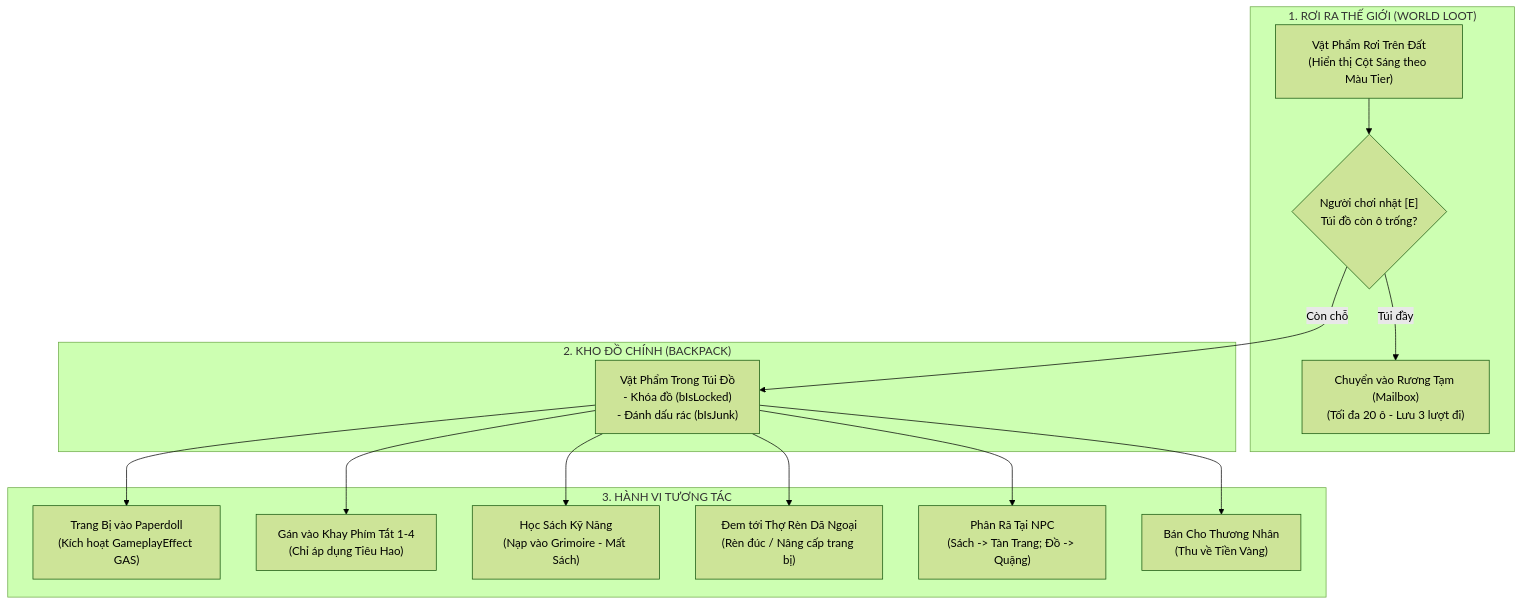
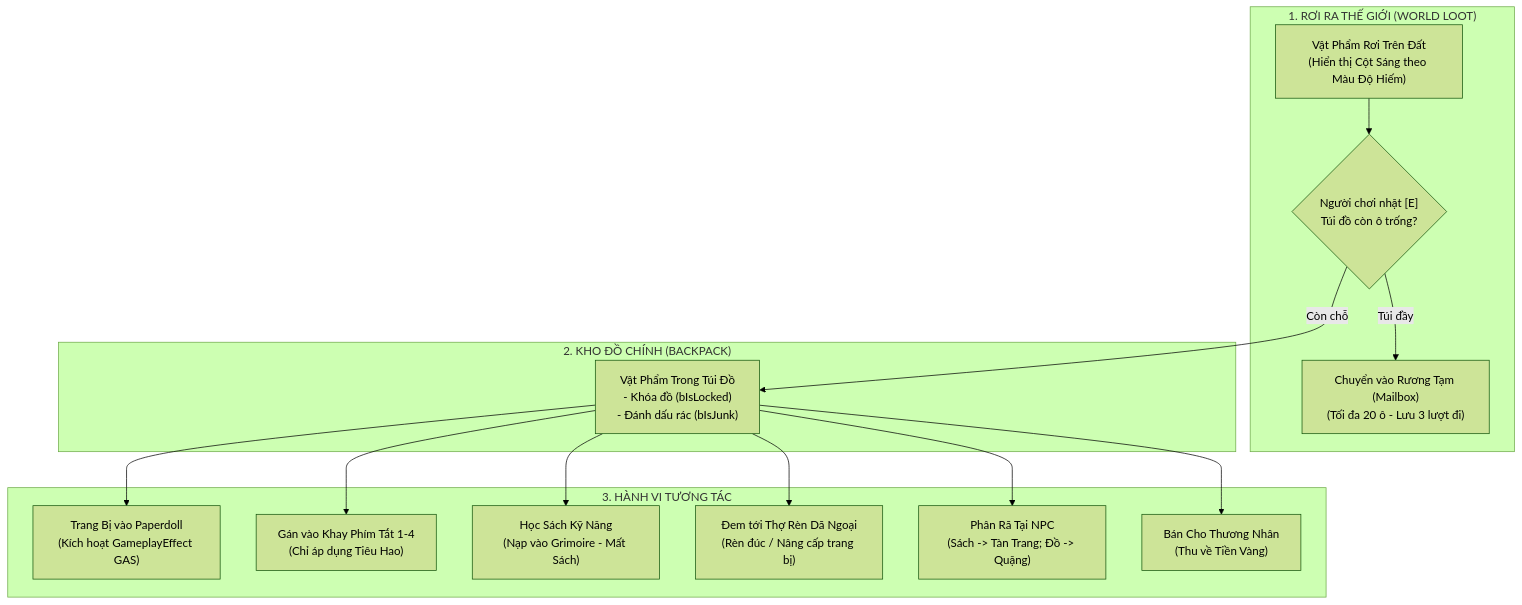
Before and after one commit to kenzings-ng/ProjectAscendant: the diagram in design/gdd/inventory-system.md, drawn with Mermaid (forest theme). The commit also changed other lines of this file and 11 other files, not shown here.

````diff
--- a/design/gdd/inventory-system.md
+++ b/design/gdd/inventory-system.md
@@ -145,32 +145,32 @@
 ```mermaid
 flowchart TD
     subgraph DropWorld["1. RƠI RA THẾ GIỚI (WORLD LOOT)"]
-        DropGround["Vật Phẩm Rơi Trên Đất<br/>(Hiển thị Cột Sáng theo Màu Tier)"]
+        DropGround["Vật Phẩm Rơi Trên Đất<br/>(Hiển thị Cột Sáng theo Màu Độ Hiếm)"]
         PickupAction{"Người chơi nhặt [E]<br/>Túi đồ còn ô trống?"}
         OverflowStash["Chuyển vào Rương Tạm (Mailbox)<br/>(Tối đa 20 ô - Lưu 3 lượt đi)"]
     end
 
     subgraph InventoryGrid["2. KHO ĐỒ CHÍNH (BACKPACK)"]
         InBackpack["Vật Phẩm Trong Túi Đồ<br/>- Khóa đồ (bIsLocked)<br/>- Đánh dấu rác (bIsJunk)"]
     end
 
     subgraph Actions["3. HÀNH VI TƯƠNG TÁC"]
         Equip["Trang Bị vào Paperdoll<br/>(Kích hoạt GameplayEffect GAS)"]
         Quickbar["Gán vào Khay Phím Tắt 1-4<br/>(Chỉ áp dụng Tiêu Hao)"]
         LearnSkill["Học Sách Kỹ Năng<br/>(Nạp vào Grimoire - Mất Sách)"]
         Blacksmith["Đem tới Thợ Rèn Dã Ngoại<br/>(Rèn đúc / Nâng cấp trang bị)"]
         Salvage["Phân Rã Tại NPC<br/>(Sách -> Tàn Trang; Đồ -> Quặng)"]
         Vendor["Bán Cho Thương Nhân<br/>(Thu về Tiền Vàng)"]
     end
 
     DropGround --> PickupAction
     PickupAction -- "Túi đầy" --> OverflowStash
     PickupAction -- "Còn chỗ" --> InBackpack
 
     InBackpack --> Equip
     InBackpack --> Quickbar
     InBackpack --> LearnSkill
     InBackpack --> Blacksmith
     InBackpack --> Salvage
     InBackpack --> Vendor
 ```
````
